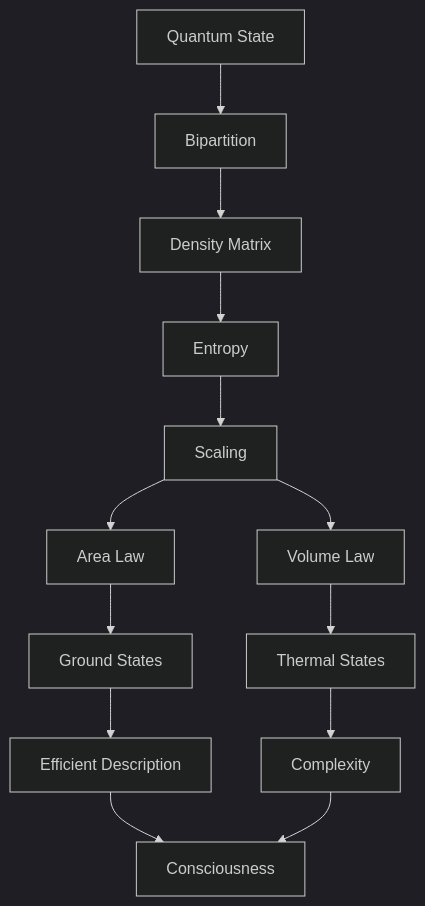
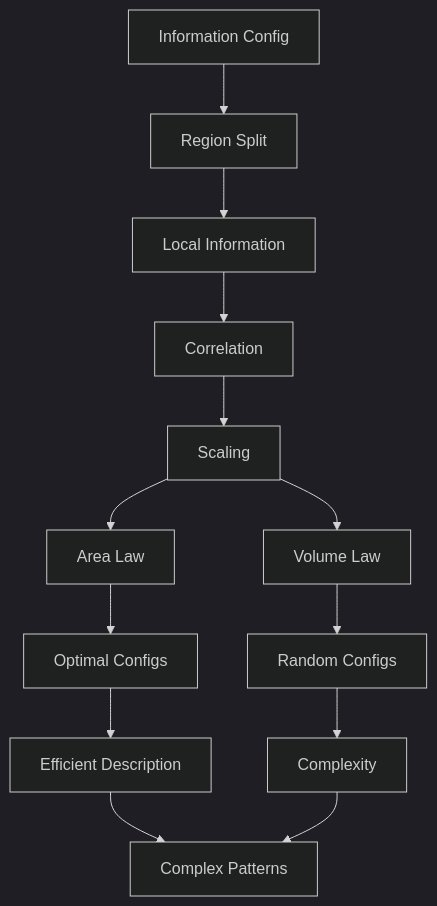
The second of 2 diagrams in docs/psi-structum/book-1-collapse-ontology/part-04-quantum-gravity/chapter-054-entanglement-entropy-area.md (loning/the-phys), drawn with Mermaid (dark theme) before and after one commit. The commit also changed other lines of this file and 11 other files, not shown here.

````diff
--- a/docs/psi-structum/book-1-collapse-ontology/part-04-quantum-gravity/chapter-054-entanglement-entropy-area.md
+++ b/docs/psi-structum/book-1-collapse-ontology/part-04-quantum-gravity/chapter-054-entanglement-entropy-area.md
@@ -185,15 +217,15 @@
 ```mermaid
 graph TD
-    A[Quantum State] --> B[Bipartition]
-    B --> C[Density Matrix]
-    C --> D[Entropy]
+    A[Information Config] --> B[Region Split]
+    B --> C[Local Information]
+    C --> D[Correlation]
     D --> E[Scaling]
     E --> F[Area Law]
     E --> G[Volume Law]
-    F --> H[Ground States]
-    G --> I[Thermal States]
+    F --> H[Optimal Configs]
+    G --> I[Random Configs]
     H --> J[Efficient Description]
     I --> K[Complexity]
-    J --> L[Consciousness]
+    J --> L[Complex Patterns]
     K --> L
 ```
````
